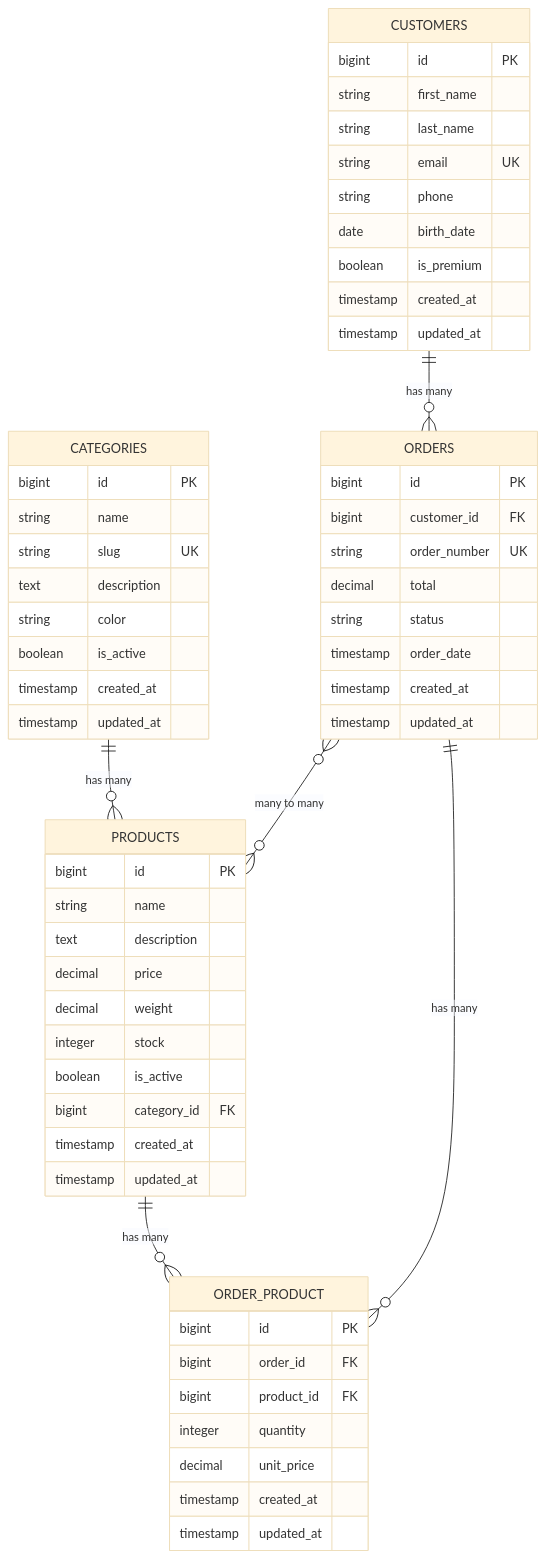
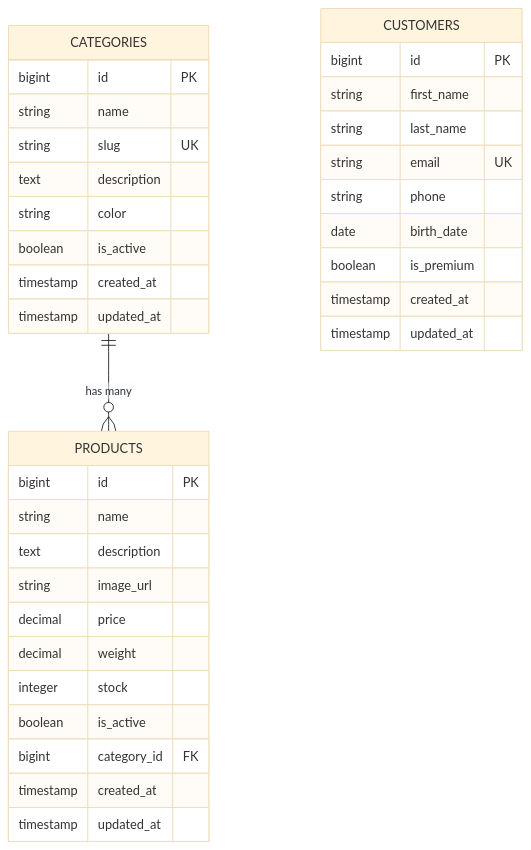
Before and after one commit to srezequieluni1/microservicios-api: the fourth of 5 diagrams in tutoriales/25-08-27-STORAGE.md, drawn with Mermaid (base theme). The commit also changed other lines of this file, not shown here.

````diff
--- a/tutoriales/25-08-27-STORAGE.md
+++ b/tutoriales/25-08-27-STORAGE.md
@@ -818,65 +727,41 @@
 ```mermaid
 erDiagram
     CATEGORIES {
         bigint id PK
         string name
         string slug UK
         text description
         string color
         boolean is_active
         timestamp created_at
         timestamp updated_at
     }
     
     PRODUCTS {
         bigint id PK
         string name
         text description
+        string image_url
         decimal price
         decimal weight
         integer stock
         boolean is_active
         bigint category_id FK
         timestamp created_at
         timestamp updated_at
     }
     
     CUSTOMERS {
         bigint id PK
         string first_name
         string last_name
         string email UK
         string phone
         date birth_date
         boolean is_premium
         timestamp created_at
         timestamp updated_at
     }
-    
-    ORDERS {
-        bigint id PK
-        bigint customer_id FK
-        string order_number UK
-        decimal total
-        string status
-        timestamp order_date
-        timestamp created_at
-        timestamp updated_at
-    }
-    
-    ORDER_PRODUCT {
-        bigint id PK
-        bigint order_id FK
-        bigint product_id FK
-        integer quantity
-        decimal unit_price
-        timestamp created_at
-        timestamp updated_at
-    }
-    
+
     CATEGORIES ||--o{ PRODUCTS : "has many"
-    CUSTOMERS ||--o{ ORDERS : "has many"
-    ORDERS ||--o{ ORDER_PRODUCT : "has many"
-    PRODUCTS ||--o{ ORDER_PRODUCT : "has many"
-    ORDERS }o--o{ PRODUCTS : "many to many"
 ```
````
